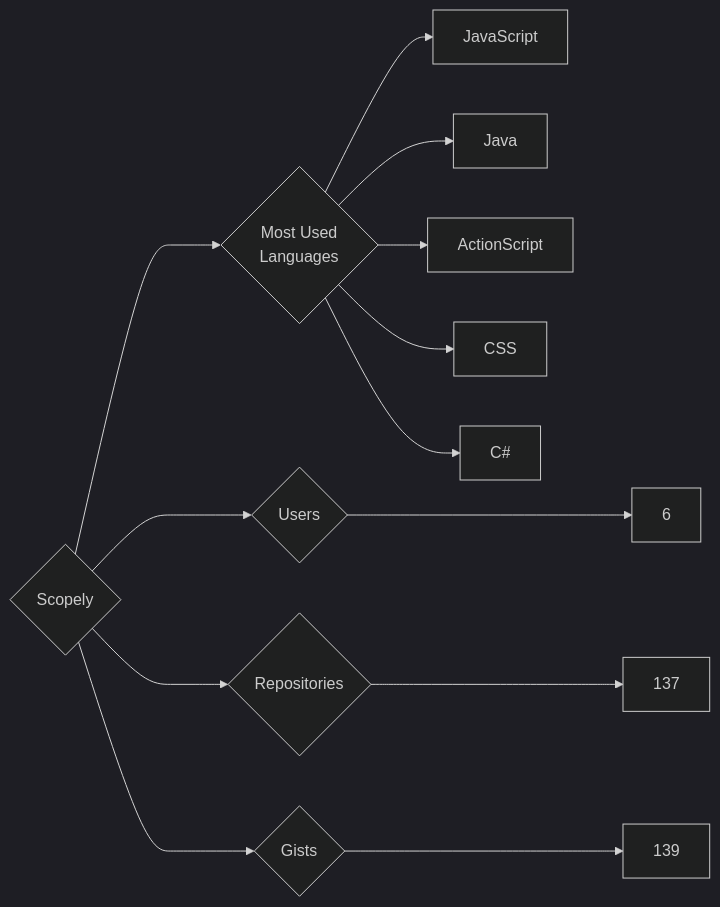
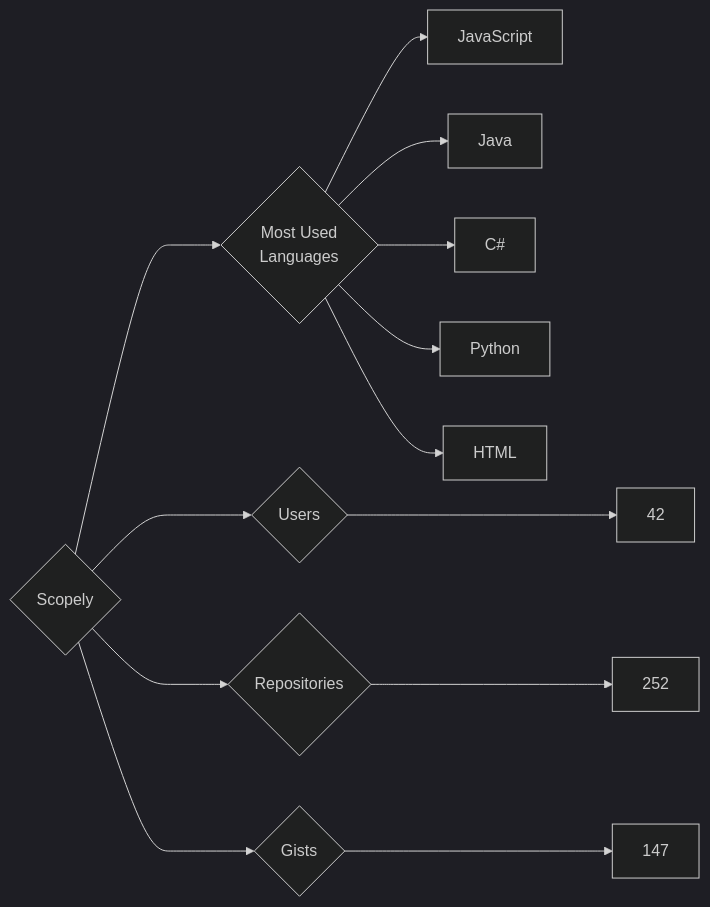
One commit to trickest/insiders changed the diagram in targets/Scopely/README.md. Above: the diagram before and after it, drawn with Mermaid (dark theme). The commit also changed 898 other files, not shown here.

````diff
--- a/targets/Scopely/README.md
+++ b/targets/Scopely/README.md
@@ -3,13 +3,13 @@
 ```mermaid
 graph LR
 COMPANY_NAME{Scopely}
-COMPANY_NAME ---> U{Users} ---> UN[6]
-COMPANY_NAME ---> R{Repositories} ---> RN[137]
-COMPANY_NAME ---> G{Gists} ---> GN[139]
+COMPANY_NAME ---> U{Users} ---> UN[42]
+COMPANY_NAME ---> R{Repositories} ---> RN[252]
+COMPANY_NAME ---> G{Gists} ---> GN[147]
 COMPANY_NAME ---> ML{Most Used<br>Languages}
 ML --> JavaScript[JavaScript]
 ML --> Java[Java]
-ML --> ActionScript[ActionScript]
-ML --> CSS[CSS]
 ML --> C#[C#]
+ML --> Python[Python]
+ML --> HTML[HTML]
 ```
````
